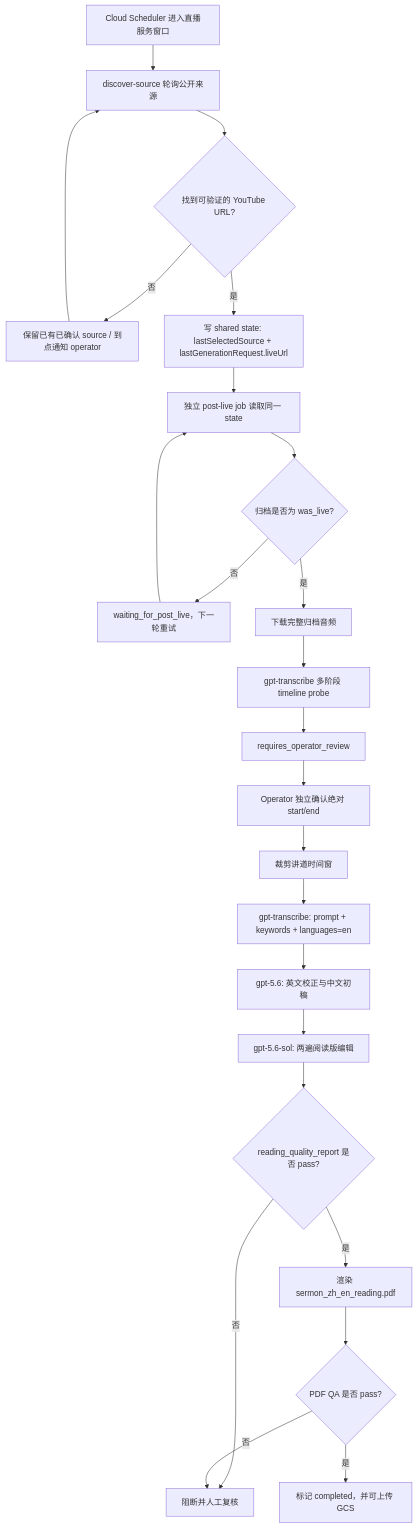
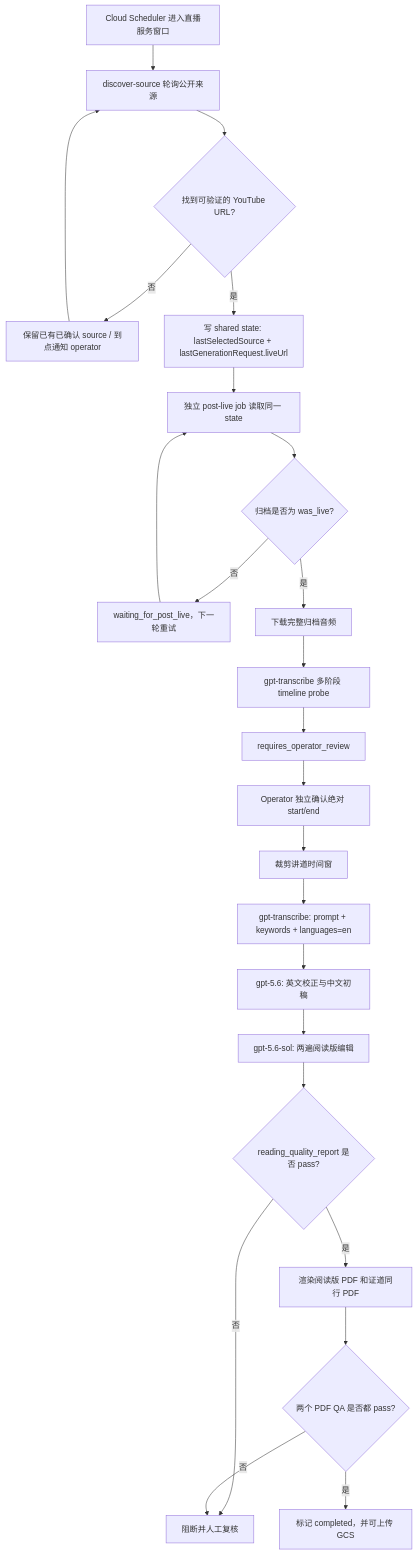
The diagram in README.zh.md (JonathanJing/sermon-video-zh-subtitles), drawn with Mermaid before and after one commit. The commit also changed other lines of this file and 20 other files, not shown here.

Commit message:
Add sermon companion PDF deliverable

````diff
--- a/README.zh.md
+++ b/README.zh.md
@@ -57,26 +57,26 @@
 ```mermaid
 flowchart TD
     A[Cloud Scheduler 进入直播服务窗口] --> B[discover-source 轮询公开来源]
     B --> C{找到可验证的 YouTube URL?}
     C -- 否 --> D[保留已有已确认 source / 到点通知 operator]
     C -- 是 --> E["写 shared state: lastSelectedSource + lastGenerationRequest.liveUrl"]
     D --> B
     E --> F[独立 post-live job 读取同一 state]
     F --> G{归档是否为 was_live?}
     G -- 否 --> H[waiting_for_post_live，下一轮重试]
     H --> F
     G -- 是 --> I[下载完整归档音频]
     I --> J[gpt-transcribe 多阶段 timeline probe]
     J --> K[requires_operator_review]
     K --> L[Operator 独立确认绝对 start/end]
     L --> M[裁剪讲道时间窗]
     M --> N["gpt-transcribe: prompt + keywords + languages=en"]
     N --> O["gpt-5.6: 英文校正与中文初稿"]
     O --> P["gpt-5.6-sol: 两遍阅读版编辑"]
     P --> Q{reading_quality_report 是否 pass?}
     Q -- 否 --> R[阻断并人工复核]
-    Q -- 是 --> S[渲染 sermon_zh_en_reading.pdf]
-    S --> T{PDF QA 是否 pass?}
+    Q -- 是 --> S[渲染阅读版 PDF 和证道同行 PDF]
+    S --> T{两个 PDF QA 是否都 pass?}
     T -- 否 --> R
     T -- 是 --> U[标记 completed，并可上传 GCS]
 ```
````
